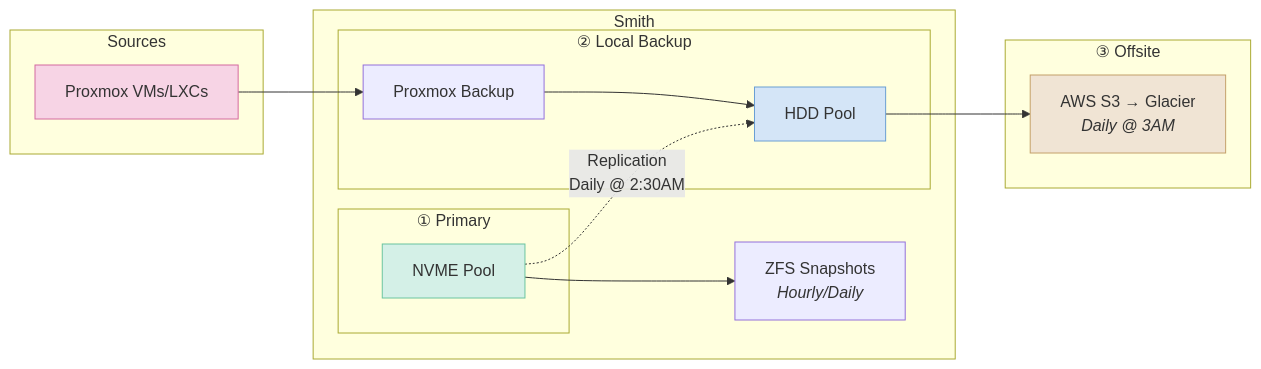
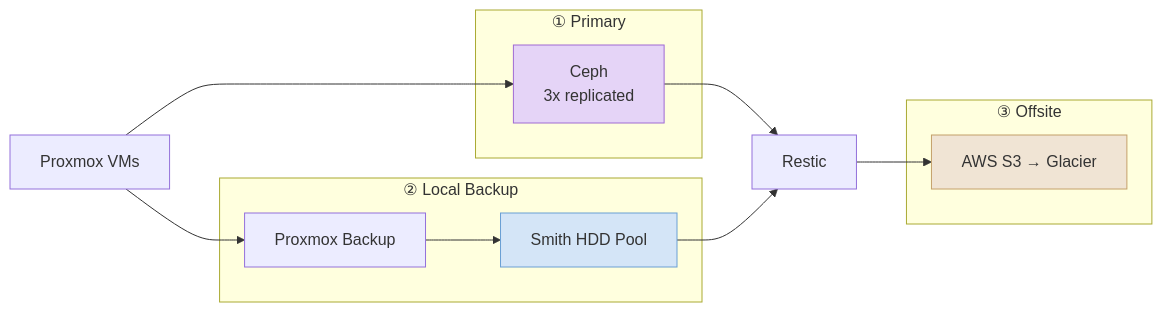
One commit to shedrachokonofua/aether changed the diagram in docs/backups.md. Above: the diagram before and after it, drawn with Mermaid. The commit also changed other lines of this file and 7 other files, not shown here.

````diff
--- a/docs/backups.md
+++ b/docs/backups.md
@@ -5,32 +5,26 @@
 ```mermaid
 flowchart LR
-    subgraph Sources["Sources"]
-        VMs[Proxmox VMs/LXCs]
+    subgraph Copy1["① Primary"]
+        Ceph[Ceph<br/>3x replicated]
     end
 
-    subgraph Smith["Smith"]
-        subgraph Copy1["① Primary"]
-            NVME[NVME Pool]
-        end
-        subgraph Copy2["② Local Backup"]
-            HDD[HDD Pool]
-            PBS[Proxmox Backup]
-        end
-        Snap[ZFS Snapshots<br/><i>Hourly/Daily</i>]
+    subgraph Copy2["② Local Backup"]
+        PBS[Proxmox Backup]
+        HDD[Smith HDD Pool]
     end
 
     subgraph Copy3["③ Offsite"]
-        S3[AWS S3 → Glacier<br/><i>Daily @ 3AM</i>]
+        S3[AWS S3 → Glacier]
     end
 
+    VMs[Proxmox VMs] --> Ceph
     VMs --> PBS
-    NVME --> Snap
-    NVME -.->|Replication<br/>Daily @ 2:30AM| HDD
     PBS --> HDD
-    HDD --> S3
+    Ceph --> Restic[Restic]
+    HDD --> Restic
+    Restic --> S3
 
-    style VMs fill:#f7d4e5,stroke:#d46a9f
-    style NVME fill:#d4f0e7,stroke:#6ac4a0
+    style Ceph fill:#e5d4f7,stroke:#9f6ad4
     style HDD fill:#d4e5f7,stroke:#6a9fd4
     style S3 fill:#f0e4d4,stroke:#c4a06a
 ```
````
